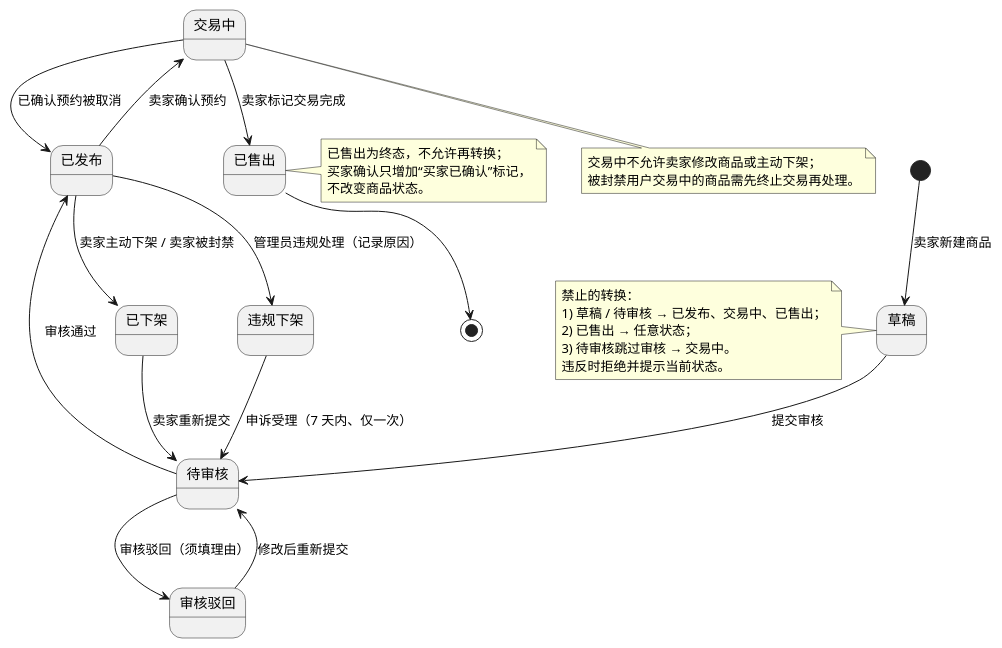
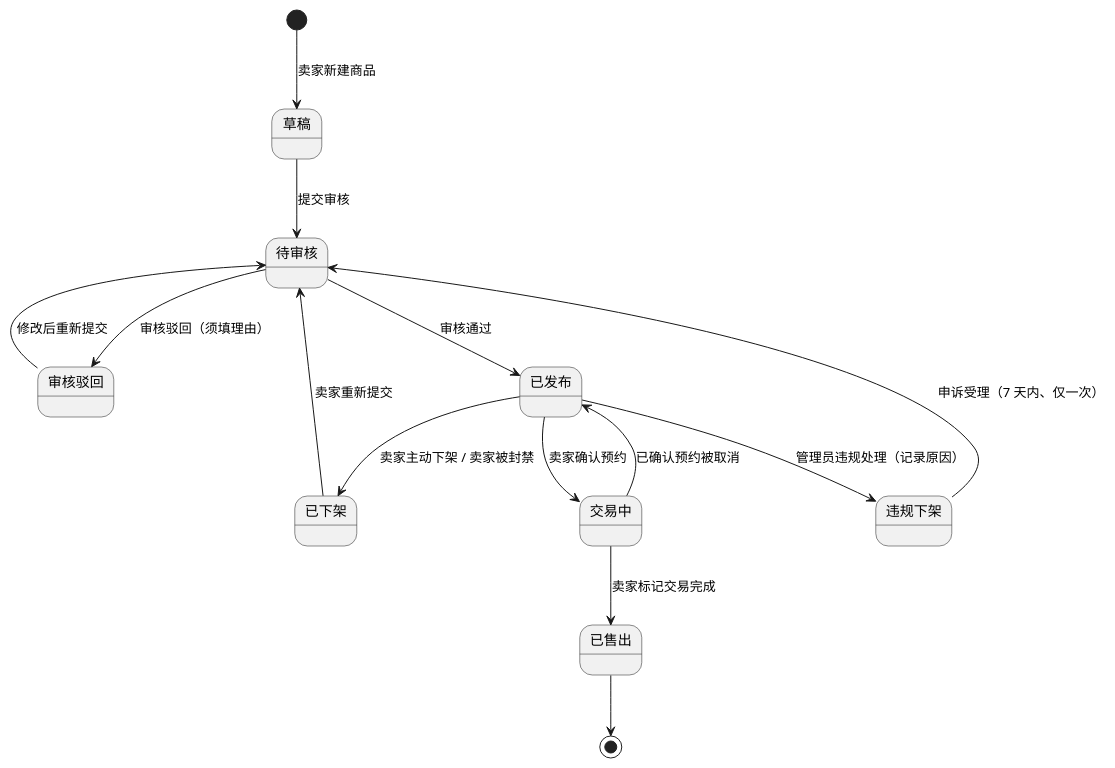
One commit to zhley/SE_Lab changed the diagram in UML/UML状态图-商品状态.puml. Above: the diagram before and after it, drawn with PlantUML. The commit also changed 4 other files, not shown here.

```diff
--- a/UML/UML状态图-商品状态.puml
+++ b/UML/UML状态图-商品状态.puml
@@ -1,46 +1,27 @@
 @startuml UML状态图-商品状态转换
 skinparam defaultFontName "Microsoft YaHei"
 
 state "草稿" as Draft
 state "待审核" as Pending
 state "审核驳回" as Rejected
 state "已发布" as Published
 state "交易中" as InTrade
 state "已售出" as Sold
 state "已下架" as Offline
 state "违规下架" as Violation
 
 [*] --> Draft : 卖家新建商品
 Draft --> Pending : 提交审核
 Pending --> Published : 审核通过
 Pending --> Rejected : 审核驳回（须填理由）
 Rejected --> Pending : 修改后重新提交
 Published --> InTrade : 卖家确认预约
 Published --> Offline : 卖家主动下架 / 卖家被封禁
 Published --> Violation : 管理员违规处理（记录原因）
 InTrade --> Sold : 卖家标记交易完成
 InTrade --> Published : 已确认预约被取消
 Offline --> Pending : 卖家重新提交
 Violation --> Pending : 申诉受理（7 天内、仅一次）
 Sold --> [*]
 
-note right of Sold
-  已售出为终态，不允许再转换；
-  买家确认只增加“买家已确认”标记，
-  不改变商品状态。
-end note
-
-note bottom of InTrade
-  交易中不允许卖家修改商品或主动下架；
-  被封禁用户交易中的商品需先终止交易再处理。
-end note
-
-note left of Draft
-  禁止的转换：
-  1) 草稿 / 待审核 → 已发布、交易中、已售出；
-  2) 已售出 → 任意状态；
-  3) 待审核跳过审核 → 交易中。
-  违反时拒绝并提示当前状态。
-end note
-
 @enduml
```
